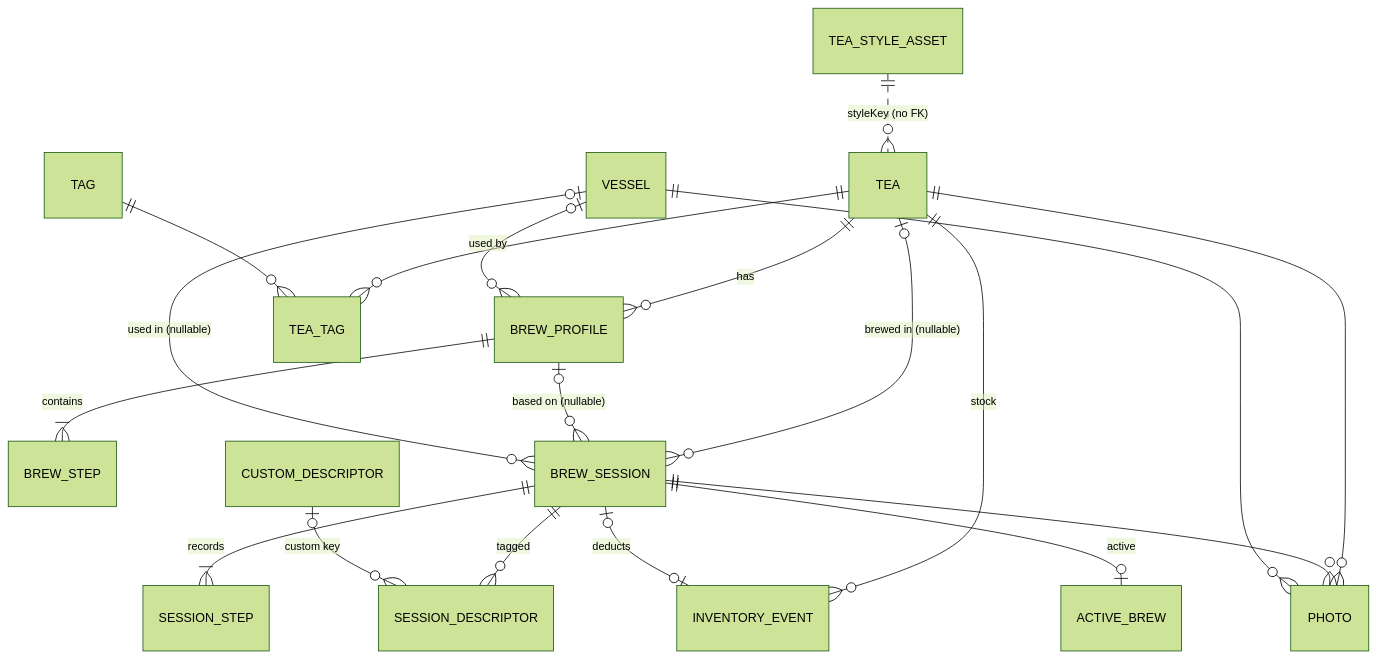
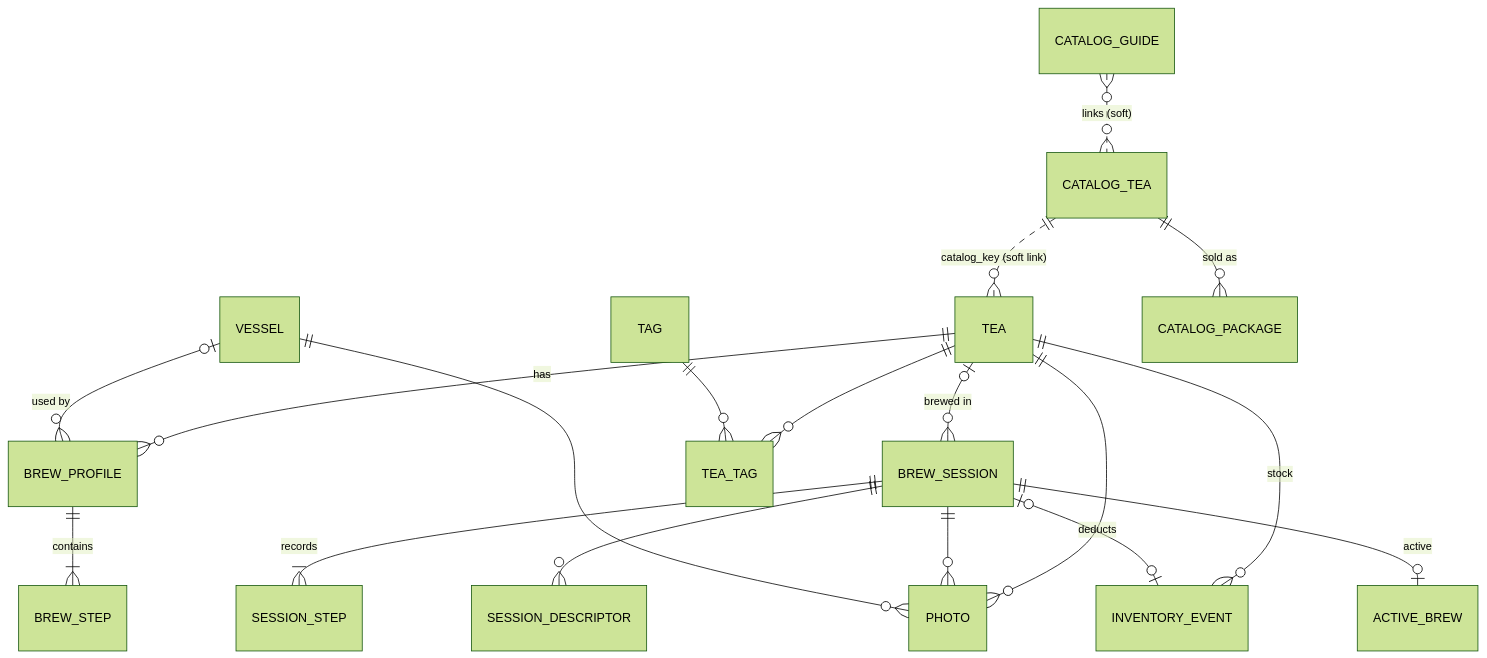
One commit to katznmeik/UmamiT changed the diagram in docs/specs/05-data-model.md. Above: the diagram before and after it, drawn with Mermaid (forest theme). The commit also changed other lines of this file and 12 other files, not shown here.

````diff
--- a/docs/specs/05-data-model.md
+++ b/docs/specs/05-data-model.md
@@ -24,21 +26,20 @@
 ```mermaid
 erDiagram
     TEA ||--o{ BREW_PROFILE : has
     BREW_PROFILE ||--|{ BREW_STEP : contains
     VESSEL |o--o{ BREW_PROFILE : "used by"
-    TEA |o--o{ BREW_SESSION : "brewed in (nullable)"
-    BREW_PROFILE |o--o{ BREW_SESSION : "based on (nullable)"
-    VESSEL |o--o{ BREW_SESSION : "used in (nullable)"
+    TEA |o--o{ BREW_SESSION : "brewed in"
     BREW_SESSION ||--|{ SESSION_STEP : records
-    BREW_SESSION ||--o{ SESSION_DESCRIPTOR : tagged
-    CUSTOM_DESCRIPTOR |o--o{ SESSION_DESCRIPTOR : "custom key"
+    BREW_SESSION ||--o{ SESSION_DESCRIPTOR : ""
     TEA ||--o{ TEA_TAG : ""
     TAG ||--o{ TEA_TAG : ""
-    TEA ||--o{ INVENTORY_EVENT : "stock"
-    BREW_SESSION |o--o| INVENTORY_EVENT : "deducts"
+    TEA ||--o{ INVENTORY_EVENT : stock
+    BREW_SESSION |o--o| INVENTORY_EVENT : deducts
     TEA ||--o{ PHOTO : ""
     BREW_SESSION ||--o{ PHOTO : ""
     VESSEL ||--o{ PHOTO : ""
-    BREW_SESSION ||--o| ACTIVE_BREW : "active"
-    TEA_STYLE_ASSET ||..o{ TEA : "styleKey (no FK)"
+    BREW_SESSION ||--o| ACTIVE_BREW : active
+    CATALOG_TEA ||--o{ CATALOG_PACKAGE : "sold as"
+    CATALOG_TEA ||..o{ TEA : "catalog_key (soft link)"
+    CATALOG_GUIDE }o..o{ CATALOG_TEA : "links (soft)"
 ```
````
